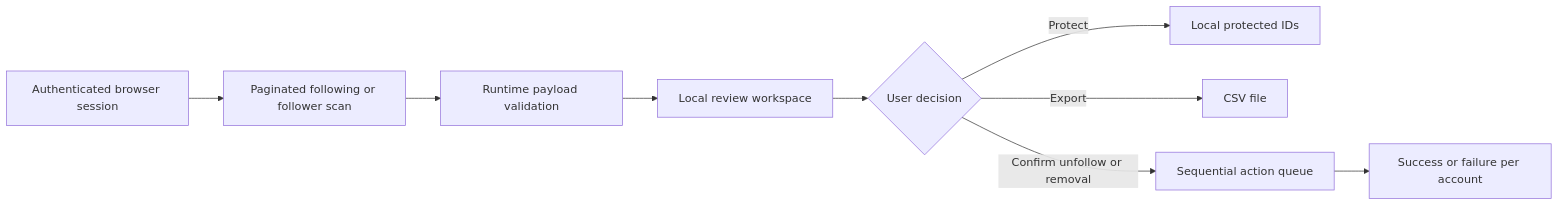
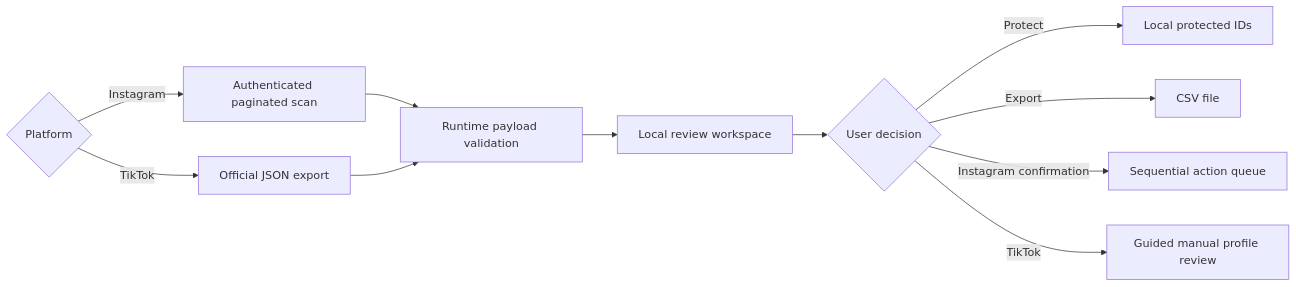
The diagram in README.md (marquezinii/follow-audit), drawn with Mermaid before and after one commit. The commit also changed other lines of this file and 11 other files, not shown here.

First line of the commit message:
feat(tiktok): Add guided manual review

````diff
--- a/README.md
+++ b/README.md
@@ -68,11 +69,13 @@
 ```mermaid
 flowchart LR
-    A[Authenticated browser session] --> B[Paginated following or follower scan]
-    B --> C[Runtime payload validation]
-    C --> D[Local review workspace]
-    D --> E{User decision}
-    E -->|Protect| F[Local protected IDs]
-    E -->|Export| G[CSV file]
-    E -->|Confirm unfollow or removal| H[Sequential action queue]
-    H --> I[Success or failure per account]
+    A{Platform} -->|Instagram| B[Authenticated paginated scan]
+    A -->|TikTok| C[Official JSON export]
+    B --> D[Runtime payload validation]
+    C --> D
+    D --> E[Local review workspace]
+    E --> F{User decision}
+    F -->|Protect| G[Local protected IDs]
+    F -->|Export| H[CSV file]
+    F -->|Instagram confirmation| I[Sequential action queue]
+    F -->|TikTok| J[Guided manual profile review]
 ```
````
